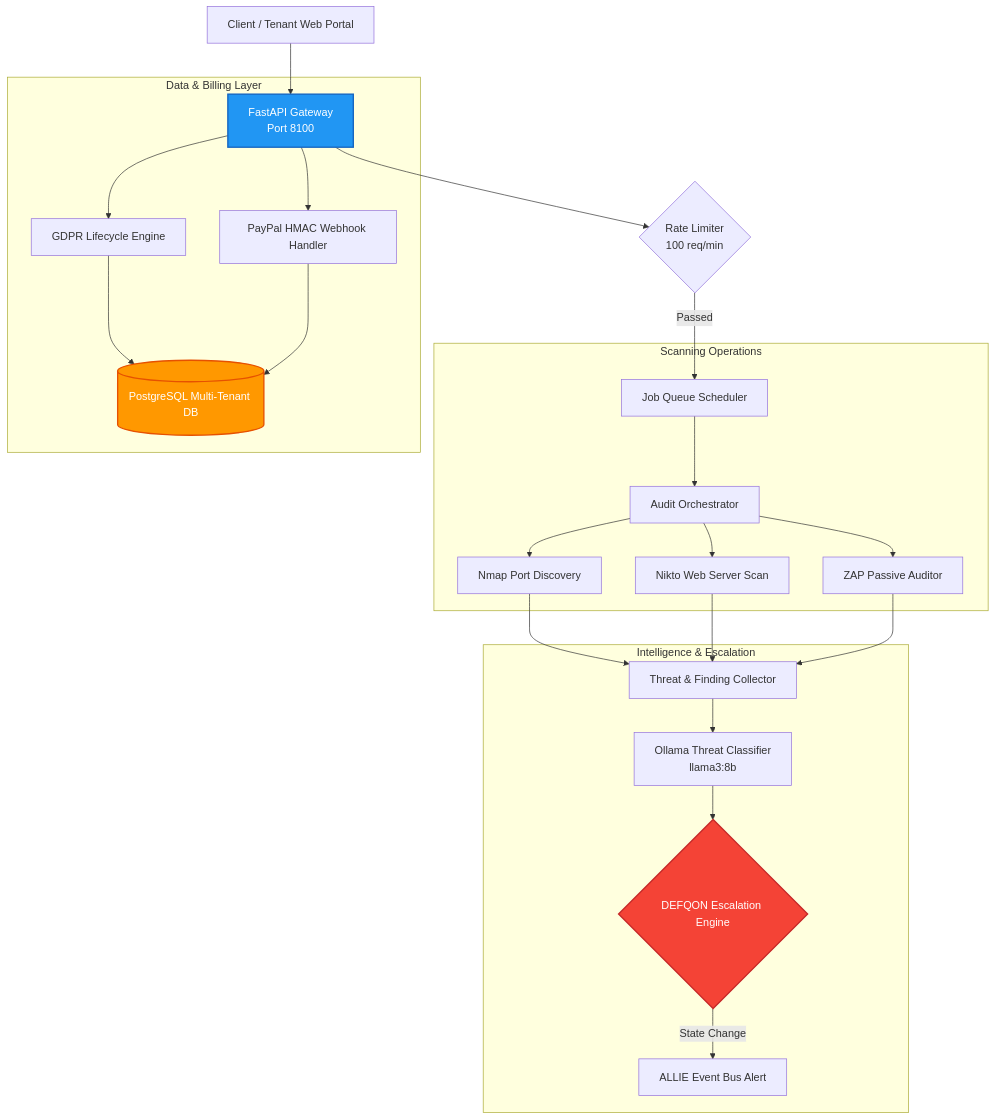
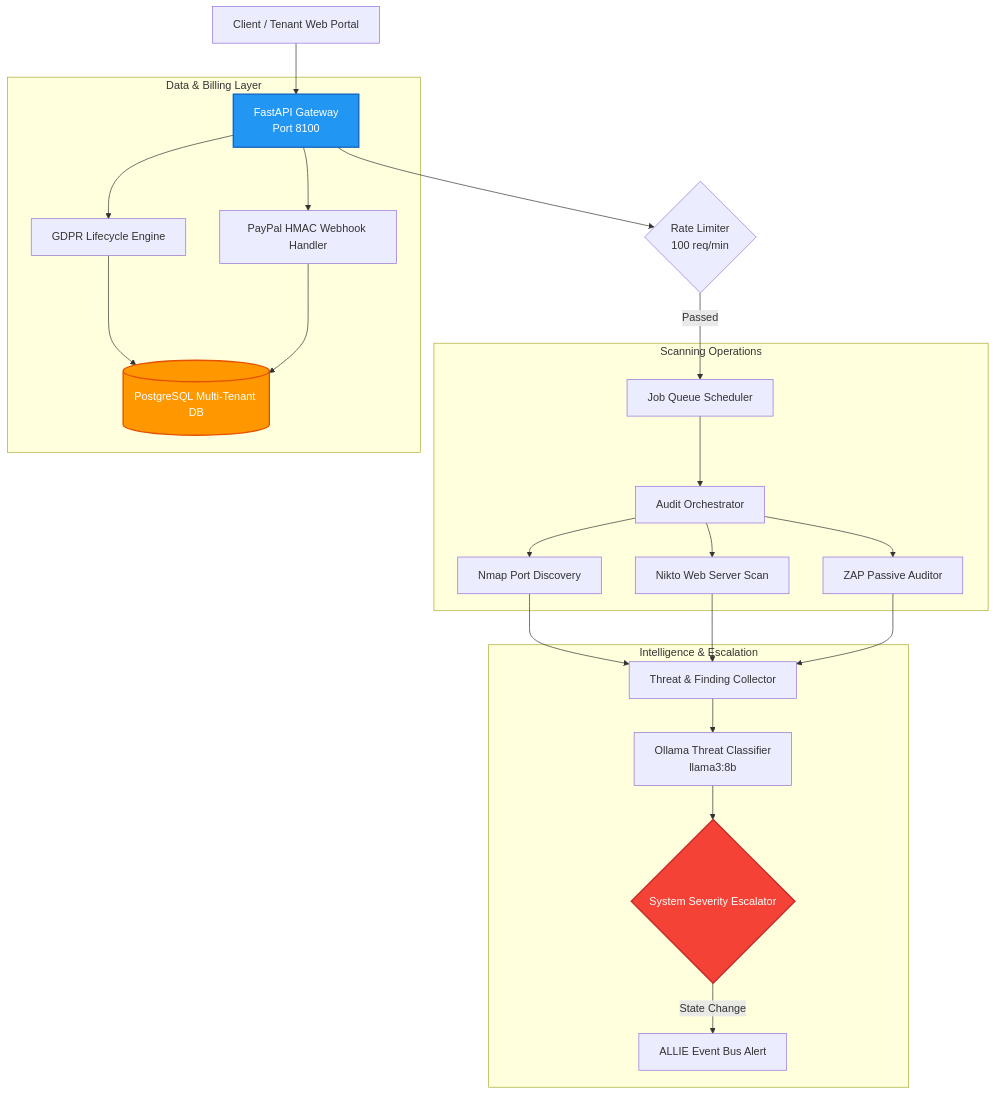
The diagram in 03_sentinel-security-auditor/README_EN.md (Marlow932/wasteland-architecture), drawn with Mermaid before and after one commit. The commit also changed other lines of this file and 7 other files, not shown here.

First line of the commit message:
docs: complete architecture showcase - sanitized, recruiter-optimized, all paths portable

````diff
--- a/03_sentinel-security-auditor/README_EN.md
+++ b/03_sentinel-security-auditor/README_EN.md
@@ -13,31 +13,31 @@
 ```mermaid
 graph TD
     User[Client / Tenant Web Portal] --> APIGateway[FastAPI Gateway<br/>Port 8100]
     APIGateway --> RateLimiter{Rate Limiter<br/>100 req/min}
     RateLimiter -->|Passed| JobScheduler[Job Queue Scheduler]
     
     subgraph Scanning Operations
         JobScheduler --> ScanRunner[Audit Orchestrator]
         ScanRunner --> Nmap[Nmap Port Discovery]
         ScanRunner --> Nikto[Nikto Web Server Scan]
         ScanRunner --> OWASP[ZAP Passive Auditor]
     end
     
     subgraph Intelligence & Escalation
         Nmap & Nikto & OWASP --> ThreatCollector[Threat & Finding Collector]
         ThreatCollector --> LocalLLM[Ollama Threat Classifier<br/>llama3:8b]
-        LocalLLM --> DEFQON{DEFQON Escalation Engine}
-        DEFQON -->|State Change| EventBus[ALLIE Event Bus Alert]
+        LocalLLM --> SeverityEngine{System Severity Escalator}
+        SeverityEngine -->|State Change| EventBus[ALLIE Event Bus Alert]
     end
     
     subgraph Data & Billing Layer
         APIGateway --> GDPR[GDPR Lifecycle Engine]
         GDPR --> PostgreSQL[(PostgreSQL Multi-Tenant DB)]
         APIGateway --> PayPal[PayPal HMAC Webhook Handler]
         PayPal --> PostgreSQL
     end
     
     style APIGateway fill:#2196F3,stroke:#1565C0,stroke-width:2px,color:#fff
-    style DEFQON fill:#F44336,stroke:#C62828,stroke-width:2px,color:#fff
+    style SeverityEngine fill:#F44336,stroke:#C62828,stroke-width:2px,color:#fff
     style PostgreSQL fill:#FF9800,stroke:#E65100,stroke-width:2px,color:#fff
 ```
````
